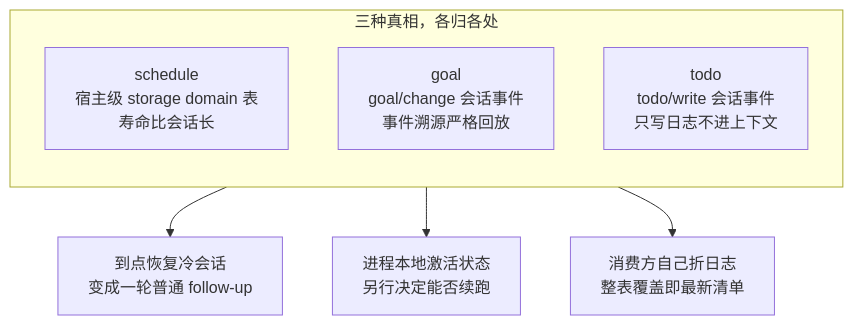
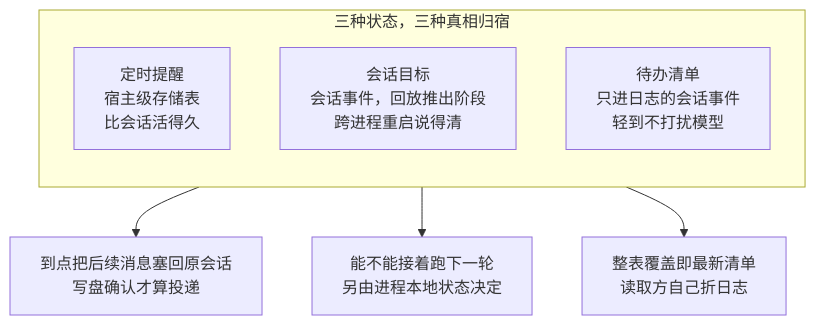
One commit to anthonyzhao-4926/blog changed the first of 4 diagrams in dsh 插件开发学习/28-定时任务与目标推进.md. Above: the diagram before and after it, drawn with Mermaid. The commit also changed other lines of this file and 38 other files, not shown here.

````diff
--- a/dsh 插件开发学习/28-定时任务与目标推进.md
+++ b/dsh 插件开发学习/28-定时任务与目标推进.md
@@ -48,12 +48,12 @@
 ```mermaid
 flowchart TD
-    subgraph homes["三种真相，各归各处"]
+    subgraph homes["三种状态，三种真相归宿"]
         direction TB
-        S["schedule<br/>宿主级 storage domain 表<br/>寿命比会话长"]
-        G["goal<br/>goal/change 会话事件<br/>事件溯源严格回放"]
-        T["todo<br/>todo/write 会话事件<br/>只写日志不进上下文"]
+        S["定时提醒<br/>宿主级存储表<br/>比会话活得久"]
+        G["会话目标<br/>会话事件，回放推出阶段<br/>跨进程重启说得清"]
+        T["待办清单<br/>只进日志的会话事件<br/>轻到不打扰模型"]
     end
-    S --> F["到点恢复冷会话<br/>变成一轮普通 follow-up"]
-    G --> A["进程本地激活状态<br/>另行决定能否续跑"]
-    T --> R["消费方自己折日志<br/>整表覆盖即最新清单"]
+    S --> F["到点把后续消息塞回原会话<br/>写盘确认才算投递"]
+    G --> A["能不能接着跑下一轮<br/>另由进程本地状态决定"]
+    T --> R["整表覆盖即最新清单<br/>读取方自己折日志"]
 ```
````
